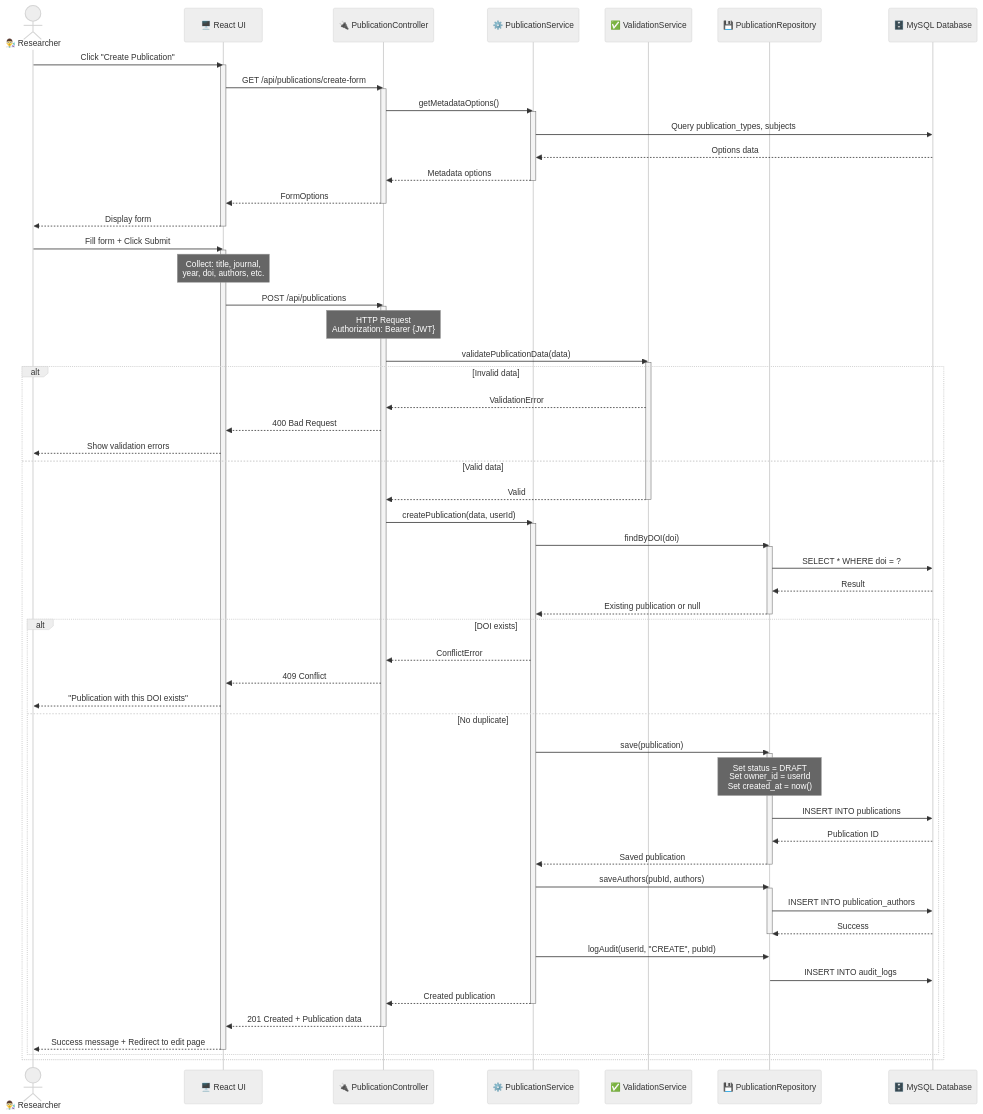
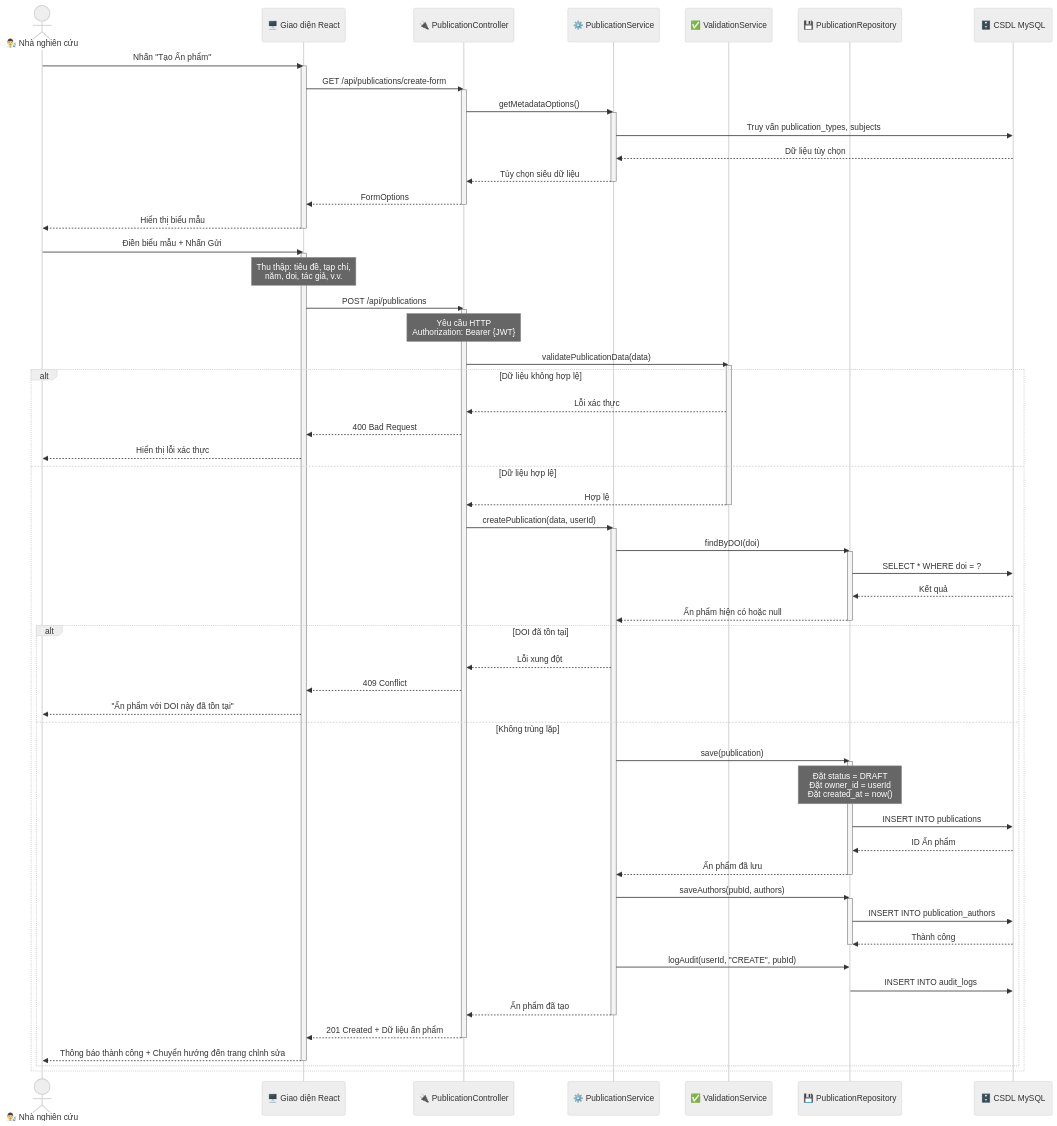
Before and after one commit to Ng0cTh4nhk5/ufpms-docs: the diagram in docs/06_Diagrams/Sequence/seq_create_publication.md, drawn with Mermaid (neutral theme). The commit also changed other lines of this file and 70 other files, not shown here.

````diff
--- a/docs/06_Diagrams/Sequence/seq_create_publication.md
+++ b/docs/06_Diagrams/Sequence/seq_create_publication.md
@@ -18,95 +18,95 @@
 ```mermaid
 sequenceDiagram
-    actor Researcher as 👨‍🔬 Researcher
-    participant UI as 🖥️ React UI
+    actor Researcher as 👨‍🔬 Nhà nghiên cứu
+    participant UI as 🖥️ Giao diện React
     participant API as 🔌 PublicationController
     participant Service as ⚙️ PublicationService
     participant Validator as ✅ ValidationService
     participant Repo as 💾 PublicationRepository
-    participant DB as 🗄️ MySQL Database
+    participant DB as 🗄️ CSDL MySQL
     
-    %% Step 1: Open create form
-    Researcher->>UI: Click "Create Publication"
+    %% Bước 1: Mở biểu mẫu tạo
+    Researcher->>UI: Nhấn "Tạo Ấn phẩm"
     activate UI
     UI->>API: GET /api/publications/create-form
     activate API
     API->>Service: getMetadataOptions()
     activate Service
-    Service->>DB: Query publication_types, subjects
-    DB-->>Service: Options data
-    Service-->>API: Metadata options
+    Service->>DB: Truy vấn publication_types, subjects
+    DB-->>Service: Dữ liệu tùy chọn
+    Service-->>API: Tùy chọn siêu dữ liệu
     deactivate Service
     API-->>UI: FormOptions
     deactivate API
-    UI-->>Researcher: Display form
+    UI-->>Researcher: Hiển thị biểu mẫu
     deactivate UI
     
-    %% Step 2: Fill and submit
-    Researcher->>UI: Fill form + Click Submit
+    %% Bước 2: Điền và gửi
+    Researcher->>UI: Điền biểu mẫu + Nhấn Gửi
     activate UI
-    Note over UI: Collect: title, journal,<br/>year, doi, authors, etc.
+    Note over UI: Thu thập: tiêu đề, tạp chí,<br/>năm, doi, tác giả, v.v.
     
     UI->>API: POST /api/publications
     activate API
-    Note over API: HTTP Request<br/>Authorization: Bearer {JWT}
+    Note over API: Yêu cầu HTTP<br/>Authorization: Bearer {JWT}
     
-    %% Step 3: Validate
+    %% Bước 3: Xác thực
     API->>Validator: validatePublicationData(data)
     activate Validator
     
-    alt Invalid data
-        Validator-->>API: ValidationError
+    alt Dữ liệu không hợp lệ
+        Validator-->>API: Lỗi xác thực
         API-->>UI: 400 Bad Request
-        UI-->>Researcher: Show validation errors
-    else Valid data
-        Validator-->>API: Valid
+        UI-->>Researcher: Hiển thị lỗi xác thực
+    else Dữ liệu hợp lệ
+        Validator-->>API: Hợp lệ
         deactivate Validator
         
-        %% Step 4: Create publication
+        %% Bước 4: Tạo ấn phẩm
         API->>Service: createPublication(data, userId)
         activate Service
         
-        %% Check duplicate
+        %% Kiểm tra trùng lặp
         Service->>Repo: findByDOI(doi)
         activate Repo
         Repo->>DB: SELECT * WHERE doi = ?
-        DB-->>Repo: Result
-        Repo-->>Service: Existing publication or null
+        DB-->>Repo: Kết quả
+        Repo-->>Service: Ấn phẩm hiện có hoặc null
         deactivate Repo
         
-        alt DOI exists
-            Service-->>API: ConflictError
+        alt DOI đã tồn tại
+            Service-->>API: Lỗi xung đột
             API-->>UI: 409 Conflict
-            UI-->>Researcher: "Publication with this DOI exists"
-        else No duplicate
-            %% Save publication
+            UI-->>Researcher: "Ấn phẩm với DOI này đã tồn tại"
+        else Không trùng lặp
+            %% Lưu ấn phẩm
             Service->>Repo: save(publication)
             activate Repo
-            Note over Repo: Set status = DRAFT<br/>Set owner_id = userId<br/>Set created_at = now()
+            Note over Repo: Đặt status = DRAFT<br/>Đặt owner_id = userId<br/>Đặt created_at = now()
             
             Repo->>DB: INSERT INTO publications
-            DB-->>Repo: Publication ID
-            Repo-->>Service: Saved publication
+            DB-->>Repo: ID Ấn phẩm
+            Repo-->>Service: Ấn phẩm đã lưu
             deactivate Repo
             
-            %% Save authors
+            %% Lưu tác giả
             Service->>Repo: saveAuthors(pubId, authors)
             activate Repo
             Repo->>DB: INSERT INTO publication_authors
-            DB-->>Repo: Success
+            DB-->>Repo: Thành công
             deactivate Repo
             
-            %% Log action
+            %% Ghi nhật ký hành động
             Service->>Repo: logAudit(userId, "CREATE", pubId)
             Repo->>DB: INSERT INTO audit_logs
             
-            Service-->>API: Created publication
+            Service-->>API: Ấn phẩm đã tạo
             deactivate Service
             
-            API-->>UI: 201 Created + Publication data
+            API-->>UI: 201 Created + Dữ liệu ấn phẩm
             deactivate API
             
-            UI-->>Researcher: Success message + Redirect to edit page
+            UI-->>Researcher: Thông báo thành công + Chuyển hướng đến trang chỉnh sửa
             deactivate UI
         end
     end
````
